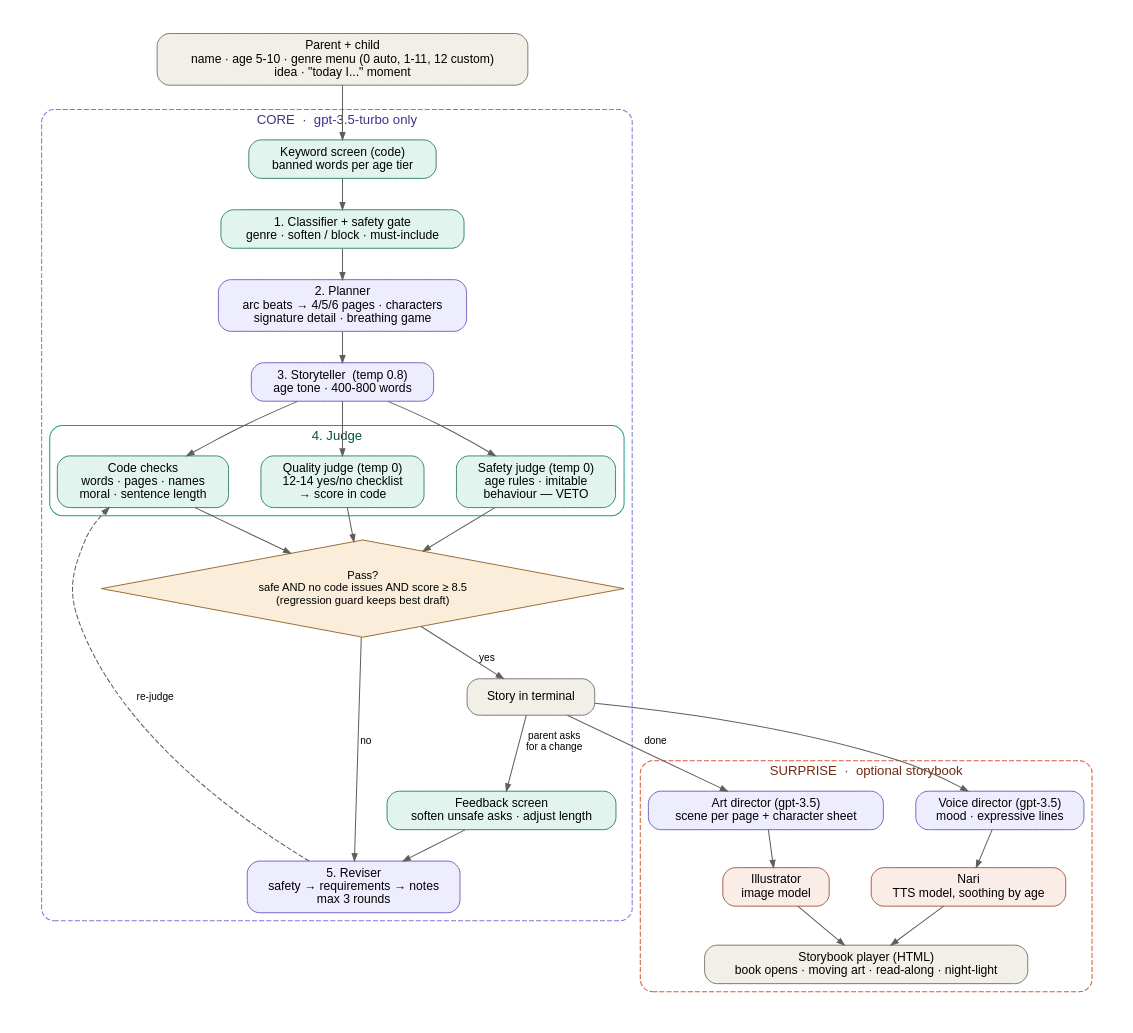
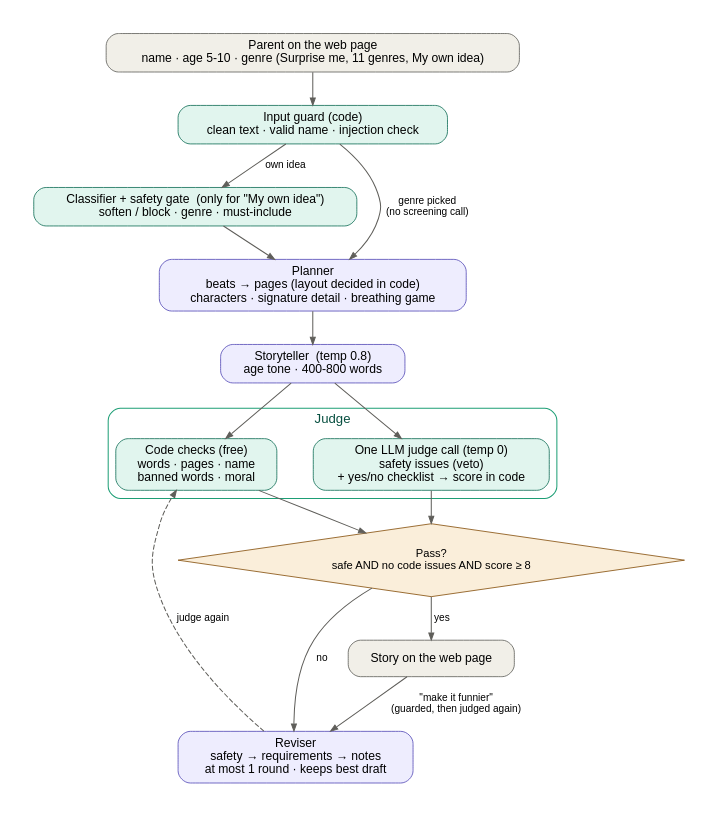
The diagram in docs/architecture.dot (raagapravija/bedtime-stories), drawn with Graphviz before and after one commit. The commit also changed 14 other files, not shown here.

Commit message:
age-based word rules and a hard-word check

```diff
--- a/docs/architecture.dot
+++ b/docs/architecture.dot
@@ -1,46 +1,31 @@
 digraph G {
-  graph [rankdir=TB, fontname="Helvetica", fontsize=13, nodesep=0.45, ranksep=0.42, pad=0.35, bgcolor="white", compound=true];
-  node  [shape=box, style="rounded,filled", fontname="Helvetica", fontsize=12, penwidth=0.8, margin="0.18,0.08"];
+  graph [rankdir=TB, fontname="Helvetica", fontsize=13, nodesep=0.5, ranksep=0.45, pad=0.35, bgcolor="white"];
+  node  [shape=box, style="rounded,filled", fontname="Helvetica", fontsize=12, penwidth=0.8, margin="0.2,0.09"];
   edge  [fontname="Helvetica", fontsize=10, color="#5F5E5A", arrowsize=0.7];
 
-  user [label="Parent + child\nname · age 5-10 · genre menu (0 auto, 1-11, 12 custom)\nidea · \"today I...\" moment", fillcolor="#F1EFE8", color="#5F5E5A"];
+  user [label="Parent on the web page\nname · age 5-10 · genre (Surprise me, 11 genres, My own idea)", fillcolor="#F1EFE8", color="#5F5E5A"];
+  guard [label="Input guard (code)\nclean text · valid name · injection check", fillcolor="#E1F5EE", color="#0F6E56"];
+  classify [label="Classifier + safety gate  (only for \"My own idea\")\nsoften / block · genre · must-include", fillcolor="#E1F5EE", color="#0F6E56"];
+  plan  [label="Planner\nbeats → pages (layout decided in code)\ncharacters · signature detail · breathing game", fillcolor="#EEEDFE", color="#534AB7"];
+  write [label="Storyteller  (temp 0.8)\nage tone · 400-800 words", fillcolor="#EEEDFE", color="#534AB7"];
 
-  subgraph cluster_core {
-    label="CORE  ·  gpt-3.5-turbo only"; fontcolor="#3C3489"; style="rounded,dashed"; color="#7F77DD";
-    kw       [label="Keyword screen (code)\nbanned words per age tier", fillcolor="#E1F5EE", color="#0F6E56"];
-    classify [label="1. Classifier + safety gate\ngenre · soften / block · must-include", fillcolor="#E1F5EE", color="#0F6E56"];
-    plan     [label="2. Planner\narc beats → 4/5/6 pages · characters\nsignature detail · breathing game", fillcolor="#EEEDFE", color="#534AB7"];
-    write    [label="3. Storyteller  (temp 0.8)\nage tone · 400-800 words", fillcolor="#EEEDFE", color="#534AB7"];
+  subgraph cluster_judge {
+    label="Judge"; fontcolor="#085041"; style="rounded"; color="#1D9E75";
+    code  [label="Code checks (free)\nwords · pages · name\nbanned words · moral", fillcolor="#E1F5EE", color="#0F6E56"];
+    llmj  [label="One LLM judge call (temp 0)\nsafety issues (veto)\n+ yes/no checklist → score in code", fillcolor="#E1F5EE", color="#0F6E56"];
+  }
+  decide [label="Pass?\nsafe AND no code issues AND score ≥ 8", shape=diamond, style="filled", fillcolor="#FAEEDA", color="#854F0B", fontsize=11];
+  revise [label="Reviser\nsafety → requirements → notes\nat most 1 round · keeps best draft", fillcolor="#EEEDFE", color="#534AB7"];
+  show   [label="Story on the web page", fillcolor="#F1EFE8", color="#5F5E5A"];
 
-    subgraph cluster_judge {
-      label="4. Judge"; fontcolor="#085041"; style="rounded"; color="#1D9E75";
-      code    [label="Code checks\nwords · pages · names\nmoral · sentence length", fillcolor="#E1F5EE", color="#0F6E56"];
-      safety  [label="Safety judge (temp 0)\nage rules · imitable\nbehaviour — VETO", fillcolor="#E1F5EE", color="#0F6E56"];
-      quality [label="Quality judge (temp 0)\n12-14 yes/no checklist\n→ score in code", fillcolor="#E1F5EE", color="#0F6E56"];
-    }
-    decide  [label="Pass?\nsafe AND no code issues AND score ≥ 8.5\n(regression guard keeps best draft)", shape=diamond, style="filled", fillcolor="#FAEEDA", color="#854F0B", fontsize=11];
-    revise  [label="5. Reviser\nsafety → requirements → notes\nmax 3 rounds", fillcolor="#EEEDFE", color="#534AB7"];
-    show    [label="Story in terminal", fillcolor="#F1EFE8", color="#5F5E5A"];
-    fb      [label="Feedback screen\nsoften unsafe asks · adjust length", fillcolor="#E1F5EE", color="#0F6E56"];
-  }
-
-  subgraph cluster_book {
-    label="SURPRISE  ·  optional storybook"; fontcolor="#712B13"; style="rounded,dashed"; color="#D85A30";
-    scenes [label="Art director (gpt-3.5)\nscene per page + character sheet", fillcolor="#EEEDFE", color="#534AB7"];
-    voice  [label="Voice director (gpt-3.5)\nmood · expressive lines", fillcolor="#EEEDFE", color="#534AB7"];
-    img    [label="Illustrator\nimage model", fillcolor="#FAECE7", color="#993C1D"];
-    nari   [label="Nari\nTTS model, soothing by age", fillcolor="#FAECE7", color="#993C1D"];
-    player [label="Storybook player (HTML)\nbook opens · moving art · read-along · night-light", fillcolor="#F1EFE8", color="#5F5E5A"];
-  }
-
-  user -> kw -> classify -> plan -> write -> code;
-  write -> safety; write -> quality;
-  code -> decide; safety -> decide; quality -> decide;
+  user -> guard;
+  guard -> classify [label=" own idea"];
+  guard -> plan [label=" genre picked\n (no screening call)"];
+  classify -> plan -> write;
+  write -> code; write -> llmj;
+  code -> decide; llmj -> decide;
+  decide -> show [label=" yes"];
   decide -> revise [label=" no"];
-  revise -> code [style=dashed, label=" re-judge"];
-  decide -> show [label=" yes"];
-  show -> fb [label=" parent asks\n for a change"];
-  fb -> revise;
-  show -> scenes [label=" done"]; show -> voice;
-  scenes -> img; voice -> nari; img -> player; nari -> player;
+  revise -> code [style=dashed, label=" judge again"];
+  show -> revise [label=" \"make it funnier\"\n (guarded, then judged again)"];
 }
```
